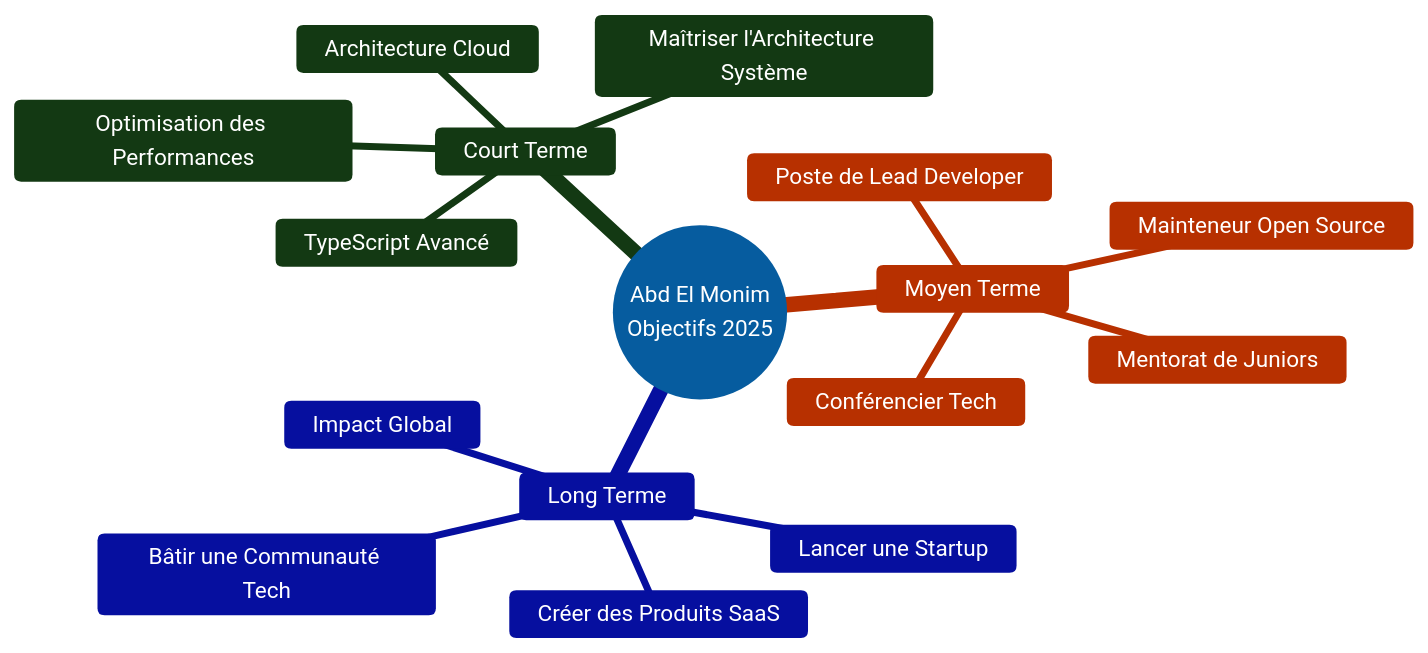
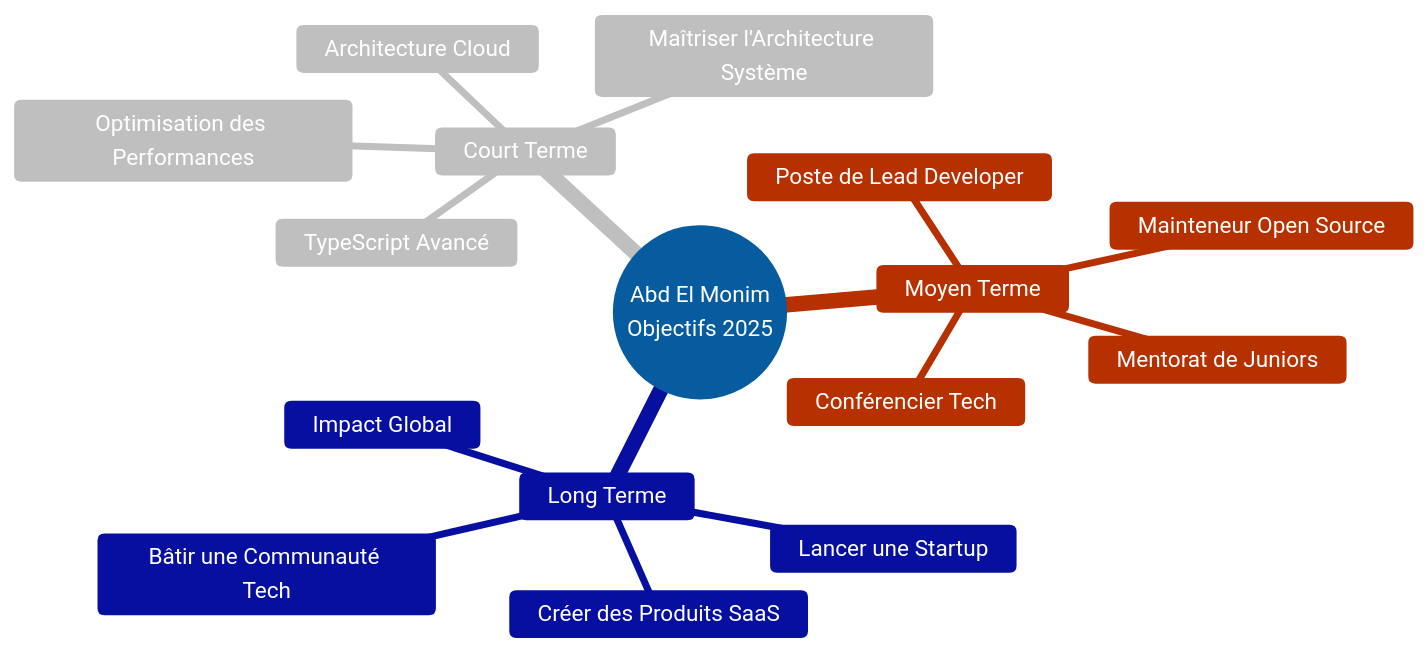
The first of 2 diagrams in README.md (ABDE777/ABDE777), drawn with Mermaid before and after one commit. The commit also changed other lines of this file, not shown here.

````diff
--- a/README.md
+++ b/README.md
@@ -124,20 +124,20 @@
 ```mermaid
-%%{init: {'theme':'base', 'themeVariables': { 'primaryColor':'#2e9ef7', 'primaryTextColor':'#fff', 'primaryBorderColor':'#1e88e5', 'lineColor':'#64b5f6', 'secondaryColor':'#339933', 'tertiaryColor':'#ff6c37'}}}%%
+%%{init: {'theme':'base', 'themeVariables': { 'primaryColor':'#2e9ef7', 'primaryTextColor':'#fff', 'primaryBorderColor':'#1e88e5', 'lineColor':'#64b5f6', 'secondaryColor':'#ffffff', 'tertiaryColor':'#ff6c37'}}}%%
 mindmap
   root((Abd El Monim<br/>Objectifs 2025))
     Court Terme
       Maîtriser l'Architecture Système
       Architecture Cloud
       TypeScript Avancé
       Optimisation des Performances
     Moyen Terme
       Poste de Lead Developer
       Mentorat de Juniors
       Conférencier Tech
       Mainteneur Open Source
     Long Terme
       Lancer une Startup
       Créer des Produits SaaS
       Bâtir une Communauté Tech
       Impact Global
 ```
````
